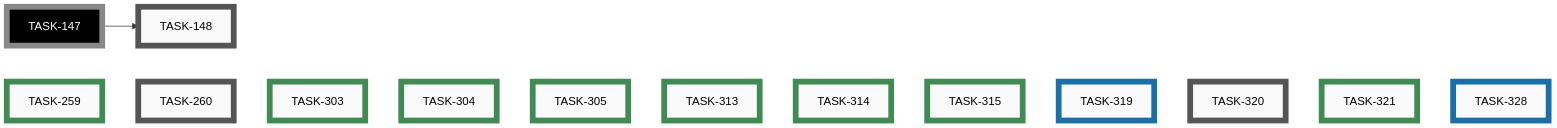
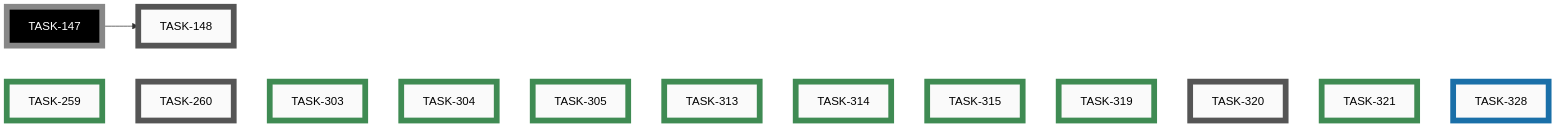
The eighth of 8 diagrams in docs/developers/tasks/EPICS.md (tgd1975/AwesomeStudioPedal), drawn with Mermaid before and after one commit. The commit also changed other lines of this file and 3 other files, not shown here.

Commit message:
close TASK-319: Pre-commit hook — remove WireViz regen block and verify no remnants

````diff
--- a/docs/developers/tasks/EPICS.md
+++ b/docs/developers/tasks/EPICS.md
@@ -288,40 +288,40 @@
 ```mermaid
 graph LR
     TASK_148["TASK-148"]:::open
     TASK_260["TASK-260"]:::open
     TASK_320["TASK-320"]:::open
-    TASK_319["TASK-319"]:::active
     TASK_328["TASK-328"]:::active
     TASK_259["TASK-259"]:::closed
     TASK_303["TASK-303"]:::closed
     TASK_304["TASK-304"]:::closed
     TASK_305["TASK-305"]:::closed
     TASK_313["TASK-313"]:::closed
     TASK_314["TASK-314"]:::closed
     TASK_315["TASK-315"]:::closed
+    TASK_319["TASK-319"]:::closed
     TASK_321["TASK-321"]:::closed
     TASK_147["TASK-147"]:::openExt
     TASK_147 --> TASK_148
     TASK_259 ~~~ TASK_260 ~~~ TASK_303 ~~~ TASK_304 ~~~ TASK_305 ~~~ TASK_313 ~~~ TASK_314 ~~~ TASK_315 ~~~ TASK_319 ~~~ TASK_320 ~~~ TASK_321 ~~~ TASK_328
     click TASK_148 "open/task-148-reorganise-developer-documentation.md"
     click TASK_260 "open/task-260-unify-version-numbers-across-deliverables.md"
     click TASK_320 "open/task-320-remove-ble-flag-precommit-check.md"
-    click TASK_319 "active/task-319-remove-wireviz-precommit-block.md"
     click TASK_328 "active/task-328-prevent-parallel-housekeep-execution.md"
     click TASK_259 "closed/task-259-android-app-test-protocol.md"
     click TASK_303 "closed/task-303-simulator-boots-with-demo-loaded.md"
     click TASK_304 "closed/task-304-simulator-button-no-hover-reaction.md"
     click TASK_305 "closed/task-305-add-category-field-to-ideas.md"
     click TASK_313 "closed/task-313-emoji-icons-for-idea-categories.md"
     click TASK_314 "closed/task-314-nbsp-between-icon-and-category.md"
     click TASK_315 "closed/task-315-idea-sub-file-naming-convention.md"
+    click TASK_319 "closed/task-319-remove-wireviz-precommit-block.md"
     click TASK_321 "closed/task-321-fix-ci-failures-mermaid-clang-tidy.md"
     classDef open    fill:#FAFAFA,stroke:#555,stroke-width:8px,color:#000
     classDef active  fill:#FAFAFA,stroke:#1A6FA8,stroke-width:8px,color:#000
     classDef closed  fill:#FAFAFA,stroke:#3F8B53,stroke-width:8px,color:#000
     classDef paused  fill:#FAFAFA,stroke:#B07810,stroke-width:8px,color:#000
     classDef openExt    fill:#000,stroke:#888,stroke-width:8px,color:#FFF
     classDef activeExt  fill:#000,stroke:#3FA9F5,stroke-width:8px,color:#FFF
     classDef closedExt  fill:#000,stroke:#7CC68A,stroke-width:8px,color:#FFF
     classDef pausedExt  fill:#000,stroke:#F0B030,stroke-width:8px,color:#FFF
 ```
````
